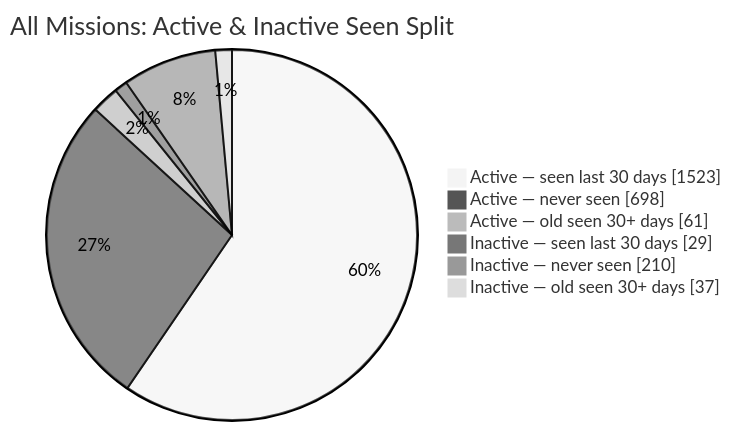
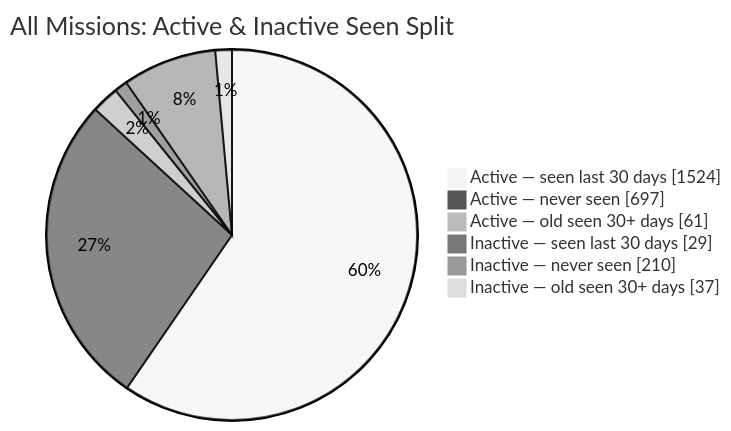
One commit to MeldkamerspelGameTeam/active-missions changed the second of 2 diagrams in README.md. Above: the diagram before and after it, drawn with Mermaid (neutral theme). The commit also changed other lines of this file and 2 other files, not shown here.

````diff
--- a/README.md
+++ b/README.md
@@ -44,10 +44,10 @@
 ```mermaid
 pie showData
     title All Missions: Active & Inactive Seen Split
-    "Active — seen last 30 days" : 1523
-    "Active — never seen" : 698
+    "Active — seen last 30 days" : 1524
+    "Active — never seen" : 697
     "Active — old seen 30+ days" : 61
     "Inactive — seen last 30 days" : 29
     "Inactive — never seen" : 210
     "Inactive — old seen 30+ days" : 37
 ```
````
